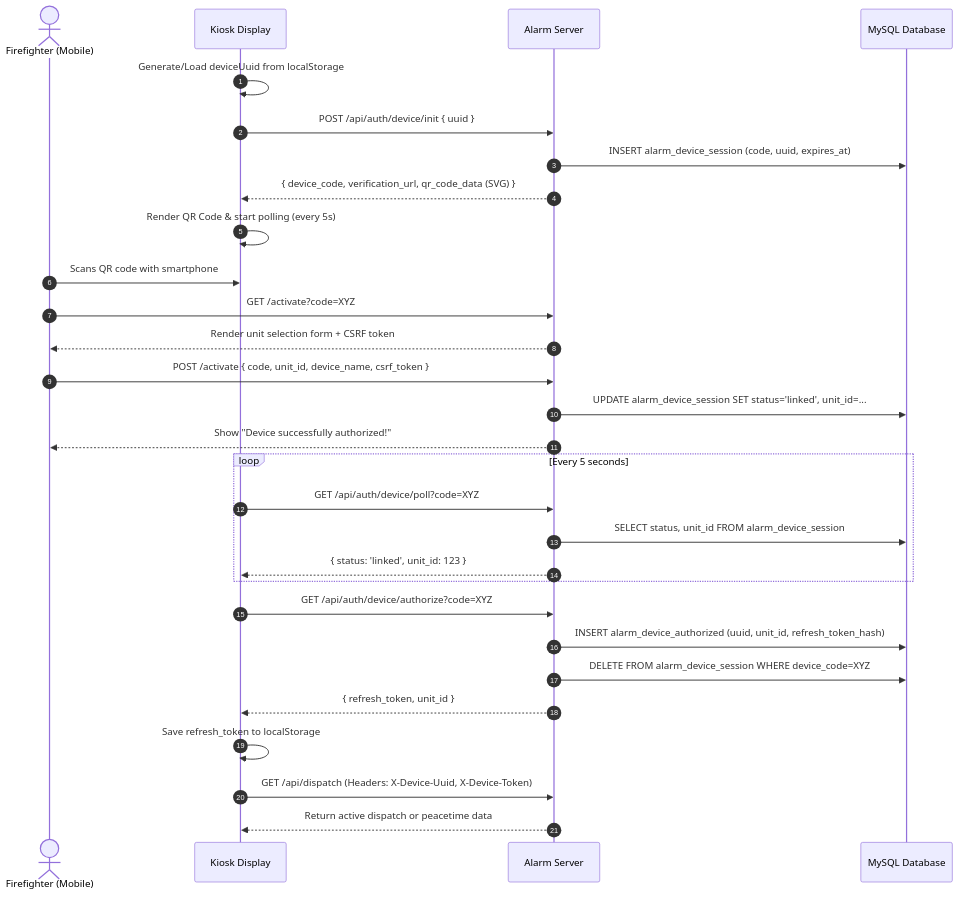
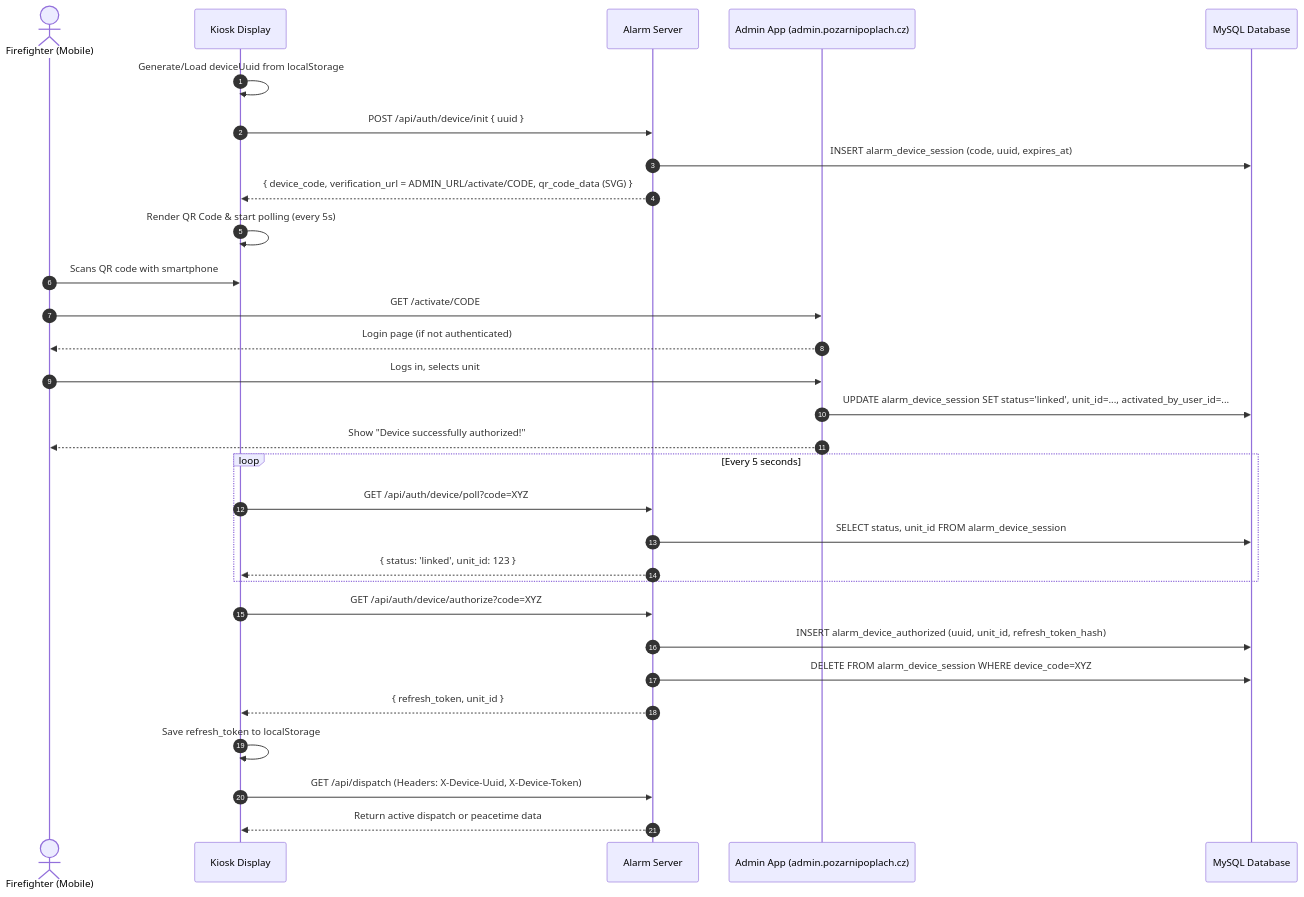
One commit to janmensik/Alarm.PozarniPoplach.cz changed the second of 5 diagrams in APP_DESCRIPTION.md. Above: the diagram before and after it, drawn with Mermaid. The commit also changed other lines of this file and 13 other files, not shown here.

````diff
--- a/APP_DESCRIPTION.md
+++ b/APP_DESCRIPTION.md
@@ -236,36 +237,37 @@
 ```mermaid
 sequenceDiagram
     autonumber
     actor FF as Firefighter (Mobile)
     participant K as Kiosk Display
     participant S as Alarm Server
+    participant A as Admin App (admin.pozarnipoplach.cz)
     participant DB as MySQL Database
 
     K->>K: Generate/Load deviceUuid from localStorage
     K->>S: POST /api/auth/device/init { uuid }
     S->>DB: INSERT alarm_device_session (code, uuid, expires_at)
-    S-->>K: { device_code, verification_url, qr_code_data (SVG) }
+    S-->>K: { device_code, verification_url = ADMIN_URL/activate/CODE, qr_code_data (SVG) }
     K->>K: Render QR Code & start polling (every 5s)
 
     FF->>K: Scans QR code with smartphone
-    FF->>S: GET /activate?code=XYZ
-    S-->>FF: Render unit selection form + CSRF token
-    FF->>S: POST /activate { code, unit_id, device_name, csrf_token }
-    S->>DB: UPDATE alarm_device_session SET status='linked', unit_id=...
-    S-->>FF: Show "Device successfully authorized!"
+    FF->>A: GET /activate/CODE
+    A-->>FF: Login page (if not authenticated)
+    FF->>A: Logs in, selects unit
+    A->>DB: UPDATE alarm_device_session SET status='linked', unit_id=..., activated_by_user_id=...
+    A-->>FF: Show "Device successfully authorized!"
 
     loop Every 5 seconds
         K->>S: GET /api/auth/device/poll?code=XYZ
         S->>DB: SELECT status, unit_id FROM alarm_device_session
         S-->>K: { status: 'linked', unit_id: 123 }
     end
 
     K->>S: GET /api/auth/device/authorize?code=XYZ
     S->>DB: INSERT alarm_device_authorized (uuid, unit_id, refresh_token_hash)
     S->>DB: DELETE FROM alarm_device_session WHERE device_code=XYZ
     S-->>K: { refresh_token, unit_id }
 
     K->>K: Save refresh_token to localStorage
     K->>S: GET /api/dispatch (Headers: X-Device-Uuid, X-Device-Token)
     S-->>K: Return active dispatch or peacetime data
 ```
````
